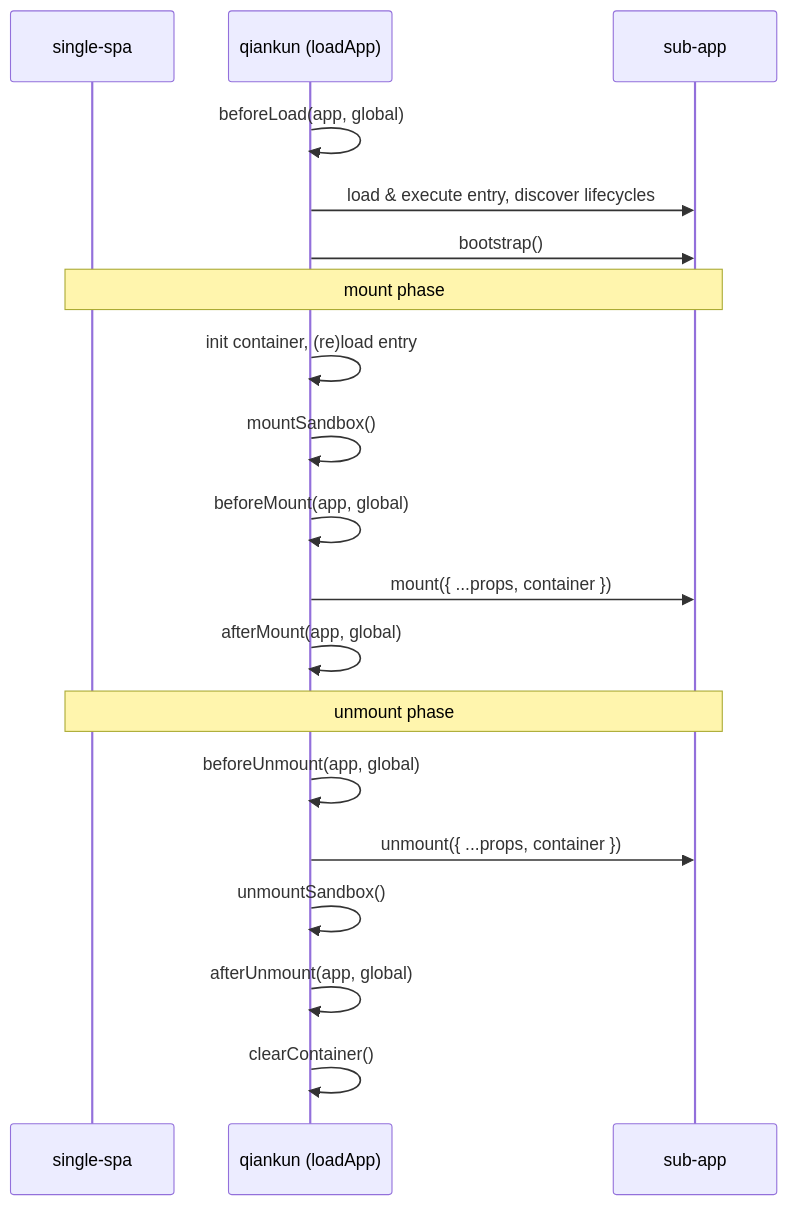
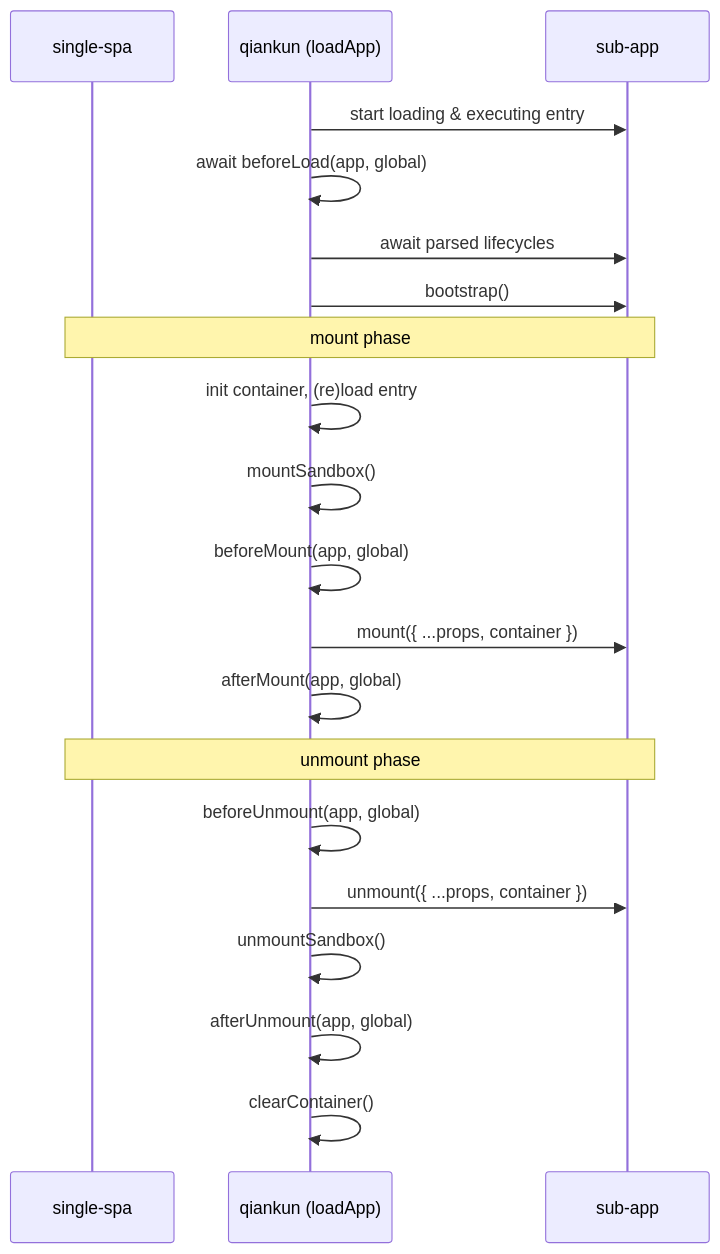
Before and after one commit to umijs/qiankun: the second of 2 diagrams in docs/internals/lifecycle-resolution.md, drawn with Mermaid. The commit also changed other lines of this file and 66 other files, not shown here.

````diff
--- a/docs/internals/lifecycle-resolution.md
+++ b/docs/internals/lifecycle-resolution.md
@@ -112,21 +112,22 @@
 ```mermaid
 sequenceDiagram
   participant SS as single-spa
   participant Q as qiankun (loadApp)
   participant A as sub-app
-  Q->>Q: beforeLoad(app, global)
-  Q->>A: load & execute entry, discover lifecycles
+  Q->>A: start loading & executing entry
+  Q->>Q: await beforeLoad(app, global)
+  Q->>A: await parsed lifecycles
   Q->>A: bootstrap()
   Note over SS,A: mount phase
   Q->>Q: init container, (re)load entry
   Q->>Q: mountSandbox()
   Q->>Q: beforeMount(app, global)
   Q->>A: mount({ ...props, container })
   Q->>Q: afterMount(app, global)
   Note over SS,A: unmount phase
   Q->>Q: beforeUnmount(app, global)
   Q->>A: unmount({ ...props, container })
   Q->>Q: unmountSandbox()
   Q->>Q: afterUnmount(app, global)
   Q->>Q: clearContainer()
 ```
````
